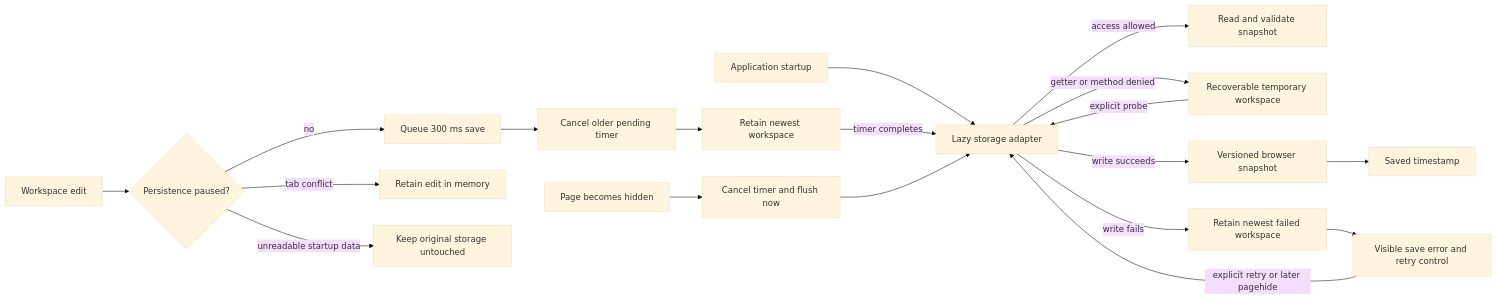
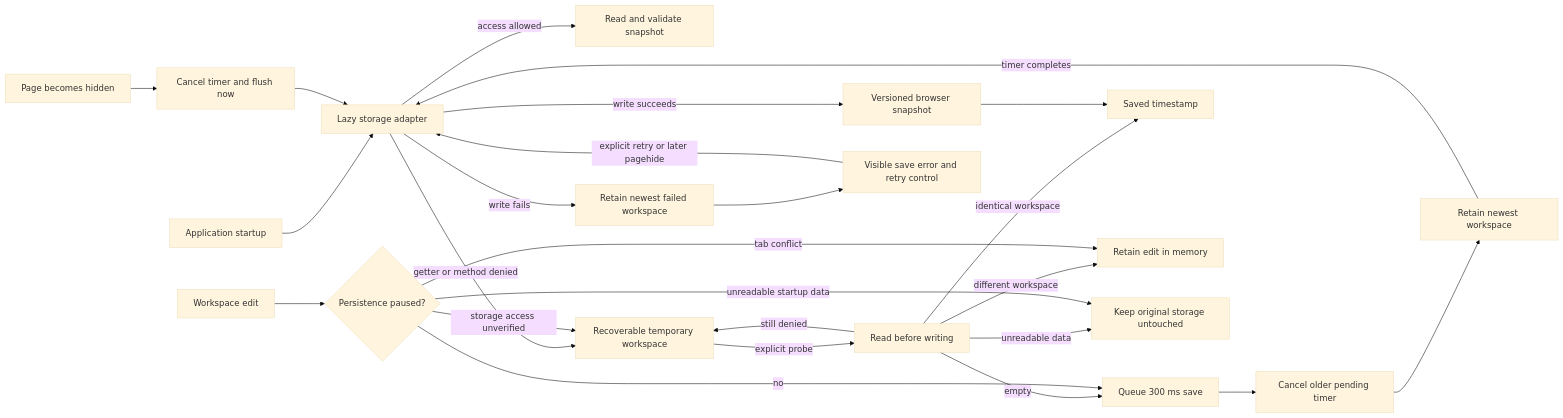
One commit to ASKR04/JavaScript changed diagram 13 of 15 in signalforge/docs/architecture.md. Above: the diagram before and after it, drawn with Mermaid (base theme). The commit also changed other lines of this file and 6 other files, not shown here.

Commit message:
fix(signalforge): probe storage before recovery writes

````diff
--- a/signalforge/docs/architecture.md
+++ b/signalforge/docs/architecture.md
@@ -245,21 +245,27 @@
 ```mermaid
 flowchart LR
     Start["Application startup"] --> Adapter["Lazy storage adapter"]
     Adapter -->|access allowed| Read["Read and validate snapshot"]
     Adapter -->|getter or method denied| Temporary["Recoverable temporary workspace"]
-    Temporary -->|explicit probe| Adapter
+    Temporary -->|explicit probe| Probe["Read before writing"]
+    Probe -->|still denied| Temporary
+    Probe -->|empty| Queue
+    Probe -->|identical workspace| Saved
+    Probe -->|different workspace| Conflict
+    Probe -->|unreadable data| Preserve
     Edit["Workspace edit"] --> Guard{"Persistence paused?"}
     Guard -->|no| Queue["Queue 300 ms save"]
+    Guard -->|storage access unverified| Temporary
     Guard -->|tab conflict| Conflict["Retain edit in memory"]
     Guard -->|unreadable startup data| Preserve["Keep original storage untouched"]
     Queue --> Replace["Cancel older pending timer"]
     Replace --> Latest["Retain newest workspace"]
     Latest -->|timer completes| Adapter
     PageHide["Page becomes hidden"] --> Flush["Cancel timer and flush now"]
     Flush --> Adapter
     Adapter -->|write succeeds| Storage["Versioned browser snapshot"]
     Storage --> Saved["Saved timestamp"]
     Adapter -->|write fails| Recovery["Retain newest failed workspace"]
     Recovery --> Error["Visible save error and retry control"]
     Error -->|explicit retry or later pagehide| Adapter
 ```
````
